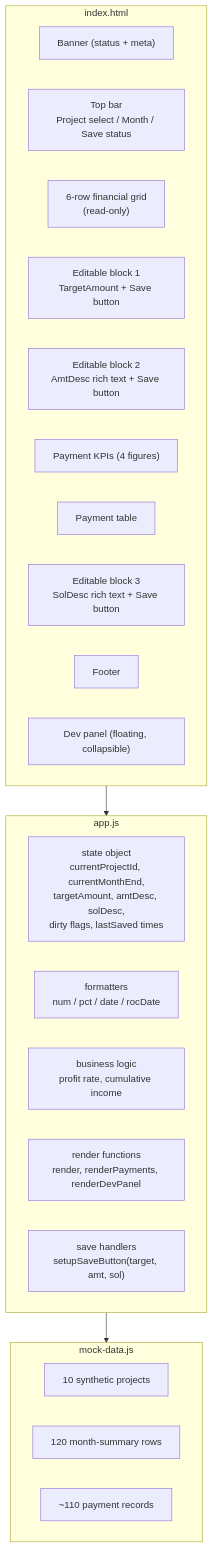
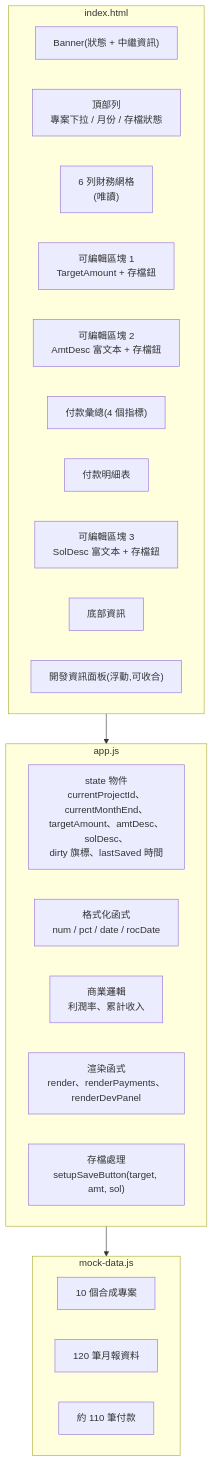
Before and after one commit to weixiang1130/Monthly-Cost-Control-Report: the sixth of 8 diagrams in docs/ARCHITECTURE.md, drawn with Mermaid. The commit also changed other lines of this file and 5 other files, not shown here.

````diff
--- a/docs/ARCHITECTURE.md
+++ b/docs/ARCHITECTURE.md
@@ -197,32 +197,32 @@
 ```mermaid
 flowchart TB
     subgraph HTML["index.html"]
-        Banner["Banner (status + meta)"]
-        TopBar["Top bar<br/>Project select / Month / Save status"]
-        Grid["6-row financial grid<br/>(read-only)"]
-        Edit1["Editable block 1<br/>TargetAmount + Save button"]
-        Edit2["Editable block 2<br/>AmtDesc rich text + Save button"]
-        PayKPI["Payment KPIs (4 figures)"]
-        PayTable["Payment table"]
-        Edit3["Editable block 3<br/>SolDesc rich text + Save button"]
-        Footer["Footer"]
-        DevPanel["Dev panel (floating, collapsible)"]
+        Banner["Banner(狀態 + 中繼資訊)"]
+        TopBar["頂部列<br/>專案下拉 / 月份 / 存檔狀態"]
+        Grid["6 列財務網格<br/>(唯讀)"]
+        Edit1["可編輯區塊 1<br/>TargetAmount + 存檔鈕"]
+        Edit2["可編輯區塊 2<br/>AmtDesc 富文本 + 存檔鈕"]
+        PayKPI["付款彙總(4 個指標)"]
+        PayTable["付款明細表"]
+        Edit3["可編輯區塊 3<br/>SolDesc 富文本 + 存檔鈕"]
+        Footer["底部資訊"]
+        DevPanel["開發資訊面板(浮動,可收合)"]
     end
 
     subgraph JS["app.js"]
-        State["state object<br/>currentProjectId, currentMonthEnd,<br/>targetAmount, amtDesc, solDesc,<br/>dirty flags, lastSaved times"]
-        Fmt["formatters<br/>num / pct / date / rocDate"]
-        Calc["business logic<br/>profit rate, cumulative income"]
-        Render["render functions<br/>render, renderPayments, renderDevPanel"]
-        Handlers["save handlers<br/>setupSaveButton(target, amt, sol)"]
+        State["state 物件<br/>currentProjectId、currentMonthEnd、<br/>targetAmount、amtDesc、solDesc、<br/>dirty 旗標、lastSaved 時間"]
+        Fmt["格式化函式<br/>num / pct / date / rocDate"]
+        Calc["商業邏輯<br/>利潤率、累計收入"]
+        Render["渲染函式<br/>render、renderPayments、renderDevPanel"]
+        Handlers["存檔處理<br/>setupSaveButton(target, amt, sol)"]
     end
 
     subgraph DATA["mock-data.js"]
-        Projects["10 synthetic projects"]
-        Months["120 month-summary rows"]
-        Payments["~110 payment records"]
+        Projects["10 個合成專案"]
+        Months["120 筆月報資料"]
+        Payments["約 110 筆付款"]
     end
 
     HTML --> JS
     JS --> DATA
 ```
````
